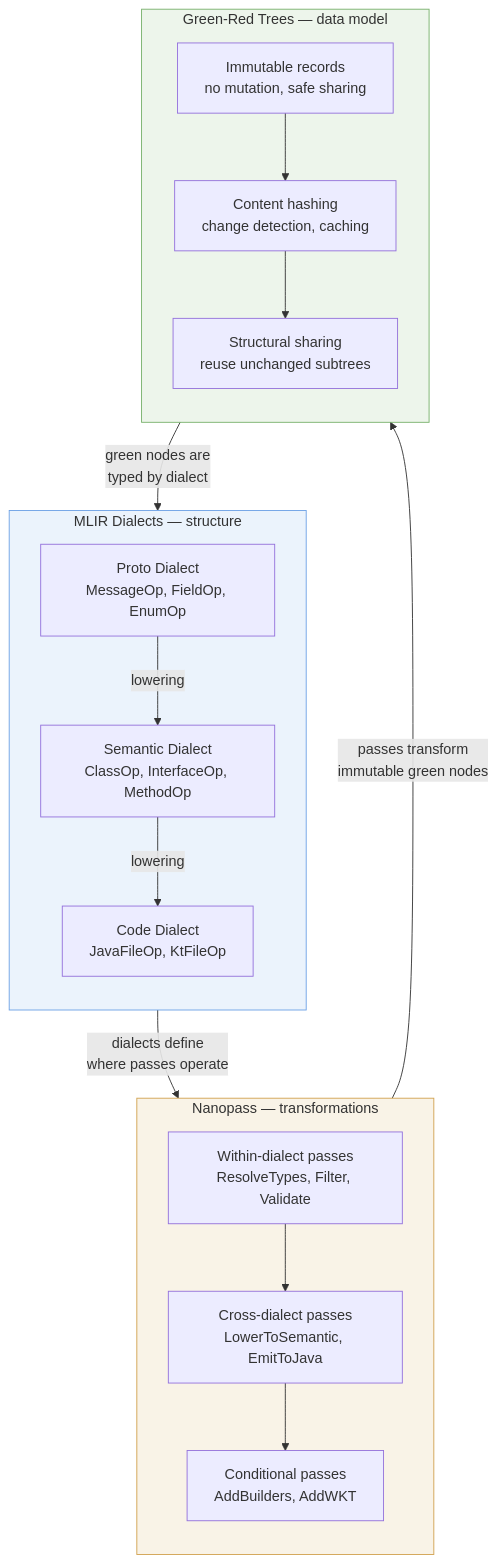
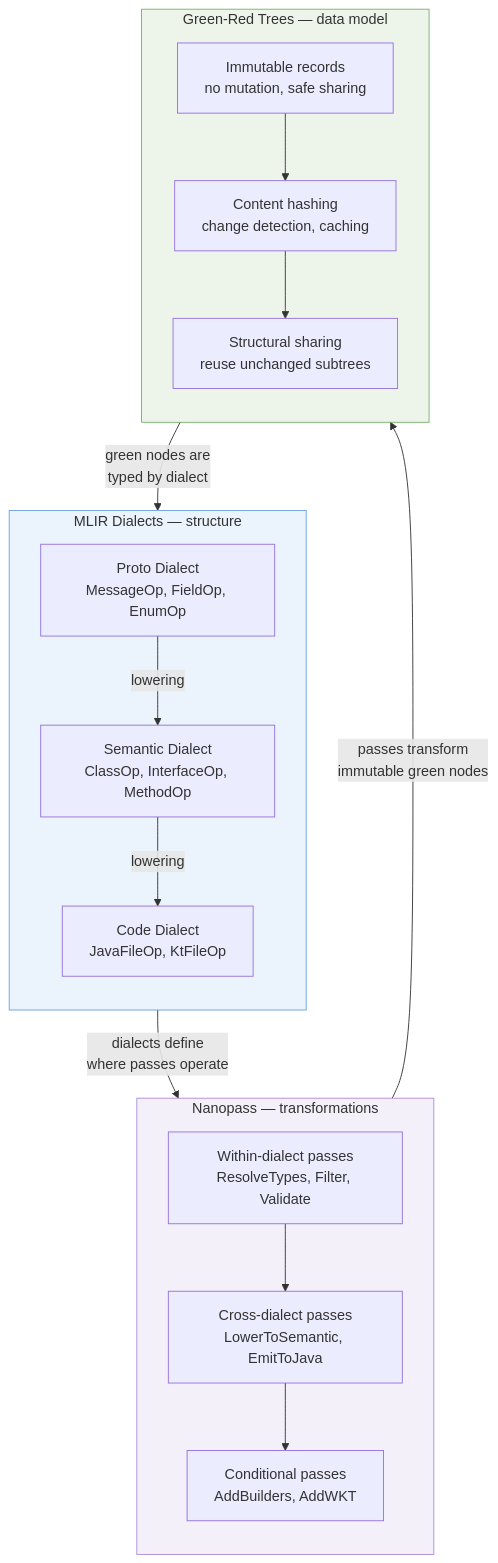
One commit to alnovis/nebula changed the fifth of 5 diagrams in content/blog/compiler-ideas-for-code-generation.md. Above: the diagram before and after it, drawn with Mermaid. The commit also changed other lines of this file and 20 other files, not shown here.

````diff
--- a/content/blog/compiler-ideas-for-code-generation.md
+++ b/content/blog/compiler-ideas-for-code-generation.md
@@ -300,34 +300,34 @@
 ```mermaid
 flowchart TB
     subgraph mlir["MLIR Dialects — structure"]
         direction TB
         D1["Proto Dialect\nMessageOp, FieldOp, EnumOp"]
         D2["Semantic Dialect\nClassOp, InterfaceOp, MethodOp"]
         D3["Code Dialect\nJavaFileOp, KtFileOp"]
         D1 -- "lowering" --> D2 -- "lowering" --> D3
     end
 
     subgraph nano["Nanopass — transformations"]
         direction TB
         N1["Within-dialect passes\nResolveTypes, Filter, Validate"]
         N2["Cross-dialect passes\nLowerToSemantic, EmitToJava"]
         N3["Conditional passes\nAddBuilders, AddWKT"]
         N1 --> N2 --> N3
     end
 
     subgraph grt["Green-Red Trees — data model"]
         direction TB
         G1["Immutable records\nno mutation, safe sharing"]
         G2["Content hashing\nchange detection, caching"]
         G3["Structural sharing\nreuse unchanged subtrees"]
         G1 --> G2 --> G3
     end
 
     mlir -- "dialects define\nwhere passes operate" --> nano
     nano -- "passes transform\nimmutable green nodes" --> grt
     grt -- "green nodes are\ntyped by dialect" --> mlir
 
     style mlir fill:#6ca1e522,stroke:#6ca1e5
-    style nano fill:#d1a24f22,stroke:#d1a24f
+    style nano fill:#af8cd822,stroke:#af8cd8
     style grt fill:#77b06a22,stroke:#77b06a
 ```
````
